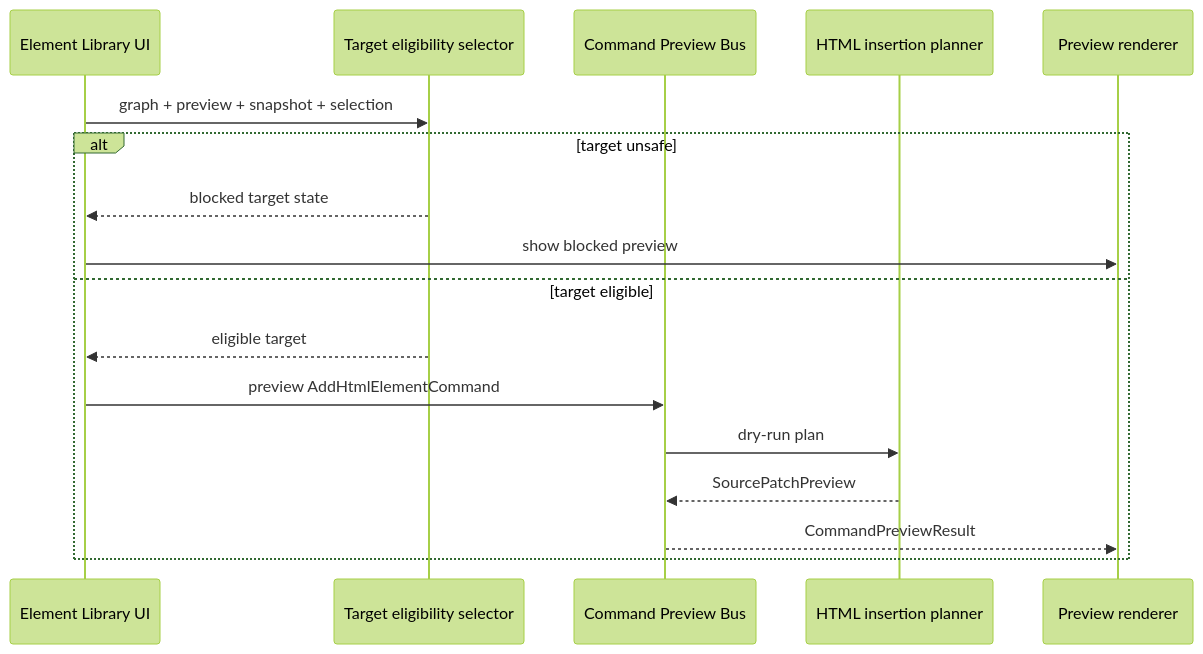
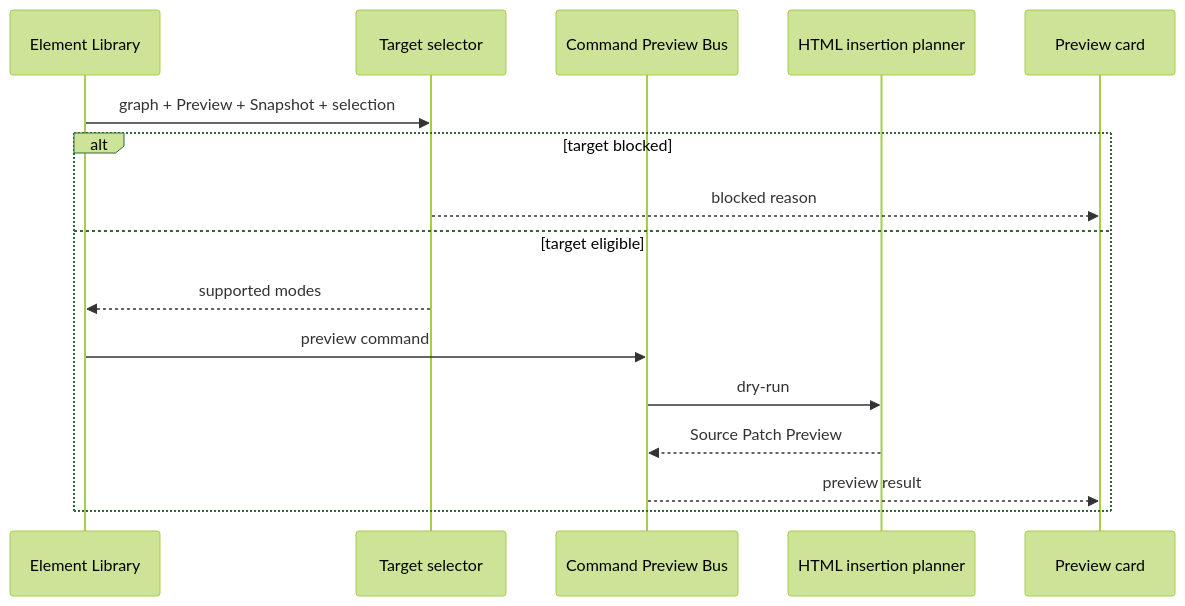
The diagram in docs/architecture/flows/element-library-preview-flow.md (krestosa/Crystal), drawn with Mermaid (forest theme) before and after one commit. The commit also changed other lines of this file and 60 other files, not shown here.

````diff
--- a/docs/architecture/flows/element-library-preview-flow.md
+++ b/docs/architecture/flows/element-library-preview-flow.md
@@ -67,20 +13,18 @@
 ```mermaid
 sequenceDiagram
-  participant UI as Element Library UI
-  participant Eligibility as Target eligibility selector
+  participant UI as Element Library
+  participant Eligibility as Target selector
   participant Bus as Command Preview Bus
   participant Planner as HTML insertion planner
-  participant Renderer as Preview renderer
-
-  UI->>Eligibility: graph + preview + snapshot + selection
-  alt target unsafe
-    Eligibility-->>UI: blocked target state
-    UI->>Renderer: show blocked preview
+  participant View as Preview card
+  UI->>Eligibility: graph + Preview + Snapshot + selection
+  alt target blocked
+    Eligibility-->>View: blocked reason
   else target eligible
-    Eligibility-->>UI: eligible target
-    UI->>Bus: preview AddHtmlElementCommand
-    Bus->>Planner: dry-run plan
-    Planner-->>Bus: SourcePatchPreview
-    Bus-->>Renderer: CommandPreviewResult
+    Eligibility-->>UI: supported modes
+    UI->>Bus: preview command
+    Bus->>Planner: dry-run
+    Planner-->>Bus: Source Patch Preview
+    Bus-->>View: preview result
   end
 ```
````
